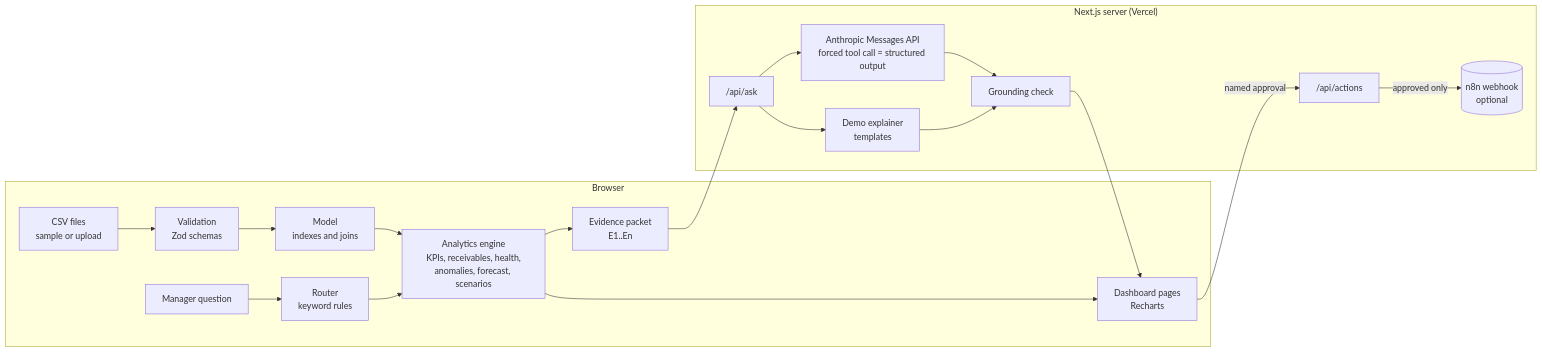
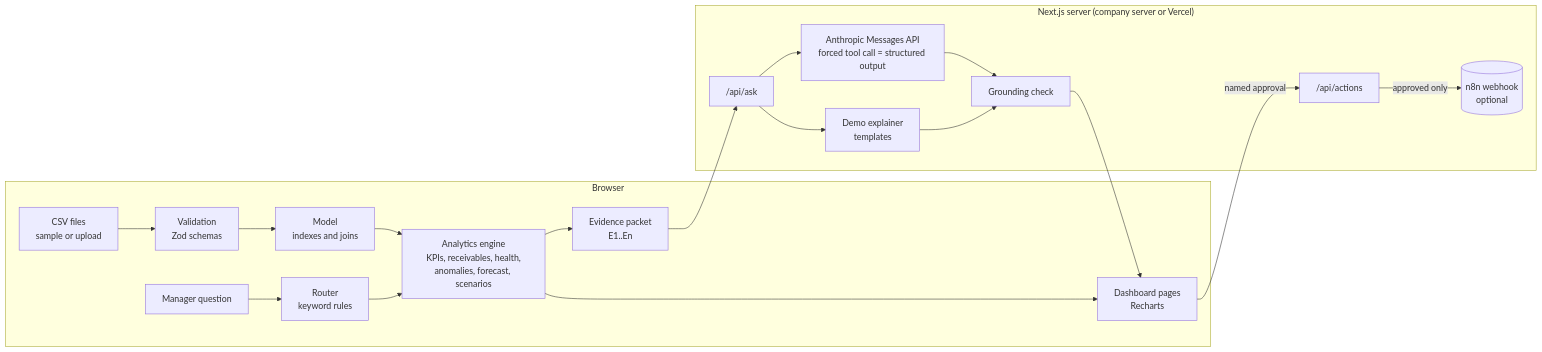
The first of 2 diagrams in README.md (Zareeb3/sme-decision-intelligence), drawn with Mermaid before and after one commit. The commit also changed other lines of this file and 99 other files, not shown here.

````diff
--- a/README.md
+++ b/README.md
@@ -29,22 +33,22 @@
 ```mermaid
 flowchart LR
   subgraph Browser
     CSV[CSV files<br/>sample or upload] --> V[Validation<br/>Zod schemas]
     V --> M[Model<br/>indexes and joins]
     M --> A[Analytics engine<br/>KPIs, receivables, health,<br/>anomalies, forecast, scenarios]
     A --> UI[Dashboard pages<br/>Recharts]
     Q[Manager question] --> R[Router<br/>keyword rules]
     R --> A
     A --> EP[Evidence packet<br/>E1..En]
   end
-  subgraph Server["Next.js server (Vercel)"]
+  subgraph Server["Next.js server (company server or Vercel)"]
     API["/api/ask"] --> LLM[Anthropic Messages API<br/>forced tool call = structured output]
     API --> DEMO[Demo explainer<br/>templates]
     LLM --> G[Grounding check]
     DEMO --> G
     ACT["/api/actions"] -->|approved only| N8N[(n8n webhook<br/>optional)]
   end
   EP --> API
   G --> UI
   UI -->|named approval| ACT
 ```
````
